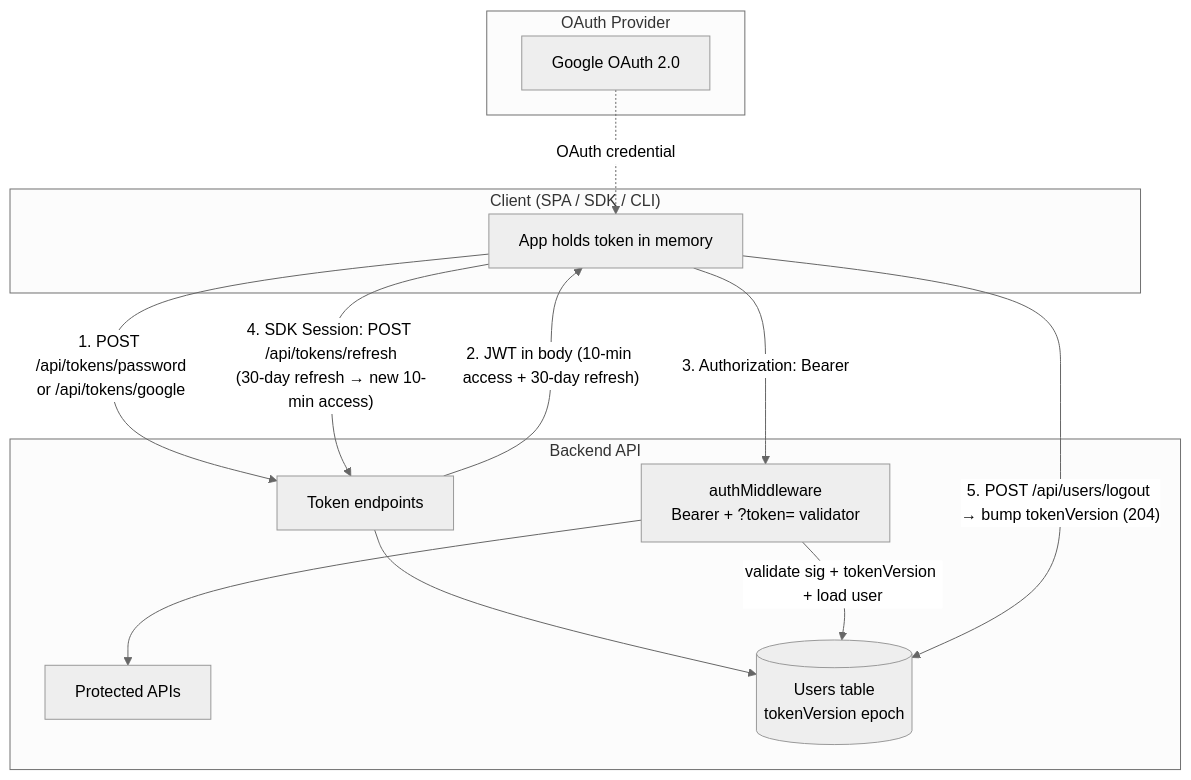
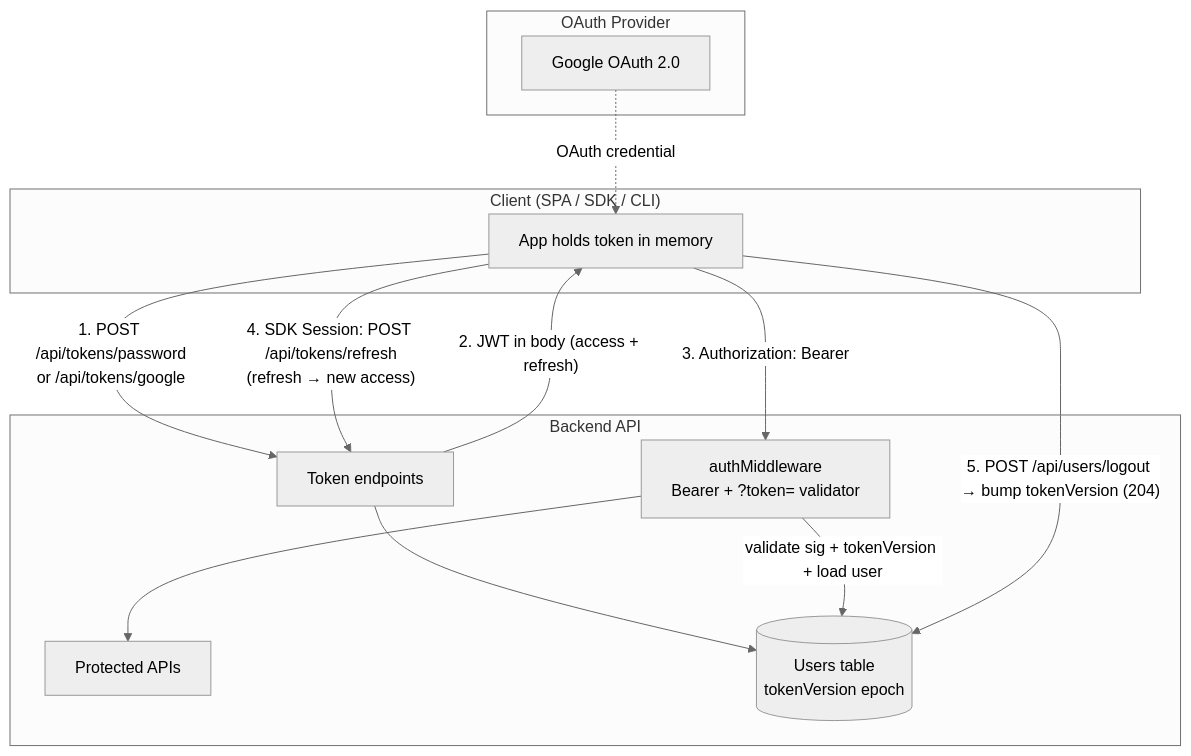
The diagram in docs/system/administration/AUTHENTICATION.md (The-AI-Alliance/semiont), drawn with Mermaid (neutral theme) before and after one commit. The commit also changed other lines of this file and 143 other files, not shown here.

First line of the commit message:
Retire @semiont/cli and SEMIONT_ENV; JWT key-ring rotation; gate SDK docs against rot (#1115)

````diff
--- a/docs/system/administration/AUTHENTICATION.md
+++ b/docs/system/administration/AUTHENTICATION.md
@@ -21,28 +21,28 @@
 ```mermaid
 graph TB
     subgraph "Client (SPA / SDK / CLI)"
         App[App holds token in memory]
     end
 
     subgraph "OAuth Provider"
         Google[Google OAuth 2.0]
     end
 
     subgraph "Backend API"
         TokenGen[Token endpoints]
         MW[authMiddleware<br/>Bearer + ?token= validator]
         API[Protected APIs]
         Users[(Users table<br/>tokenVersion epoch)]
     end
 
     App -->|"1. POST /api/tokens/password<br/>or /api/tokens/google"| TokenGen
     Google -.->|OAuth credential| App
-    TokenGen -->|"2. JWT in body (10-min access + 30-day refresh)"| App
+    TokenGen -->|"2. JWT in body (access + refresh)"| App
     TokenGen --> Users
 
     App -->|"3. Authorization: Bearer <access>"| MW
     MW -->|"validate sig + tokenVersion + load user"| Users
     MW --> API
-    App -->|"4. SDK Session: POST /api/tokens/refresh<br/>(30-day refresh → new 10-min access)"| TokenGen
+    App -->|"4. SDK Session: POST /api/tokens/refresh<br/>(refresh → new access)"| TokenGen
     App -->|"5. POST /api/users/logout → bump tokenVersion (204)"| Users
 ```
````
